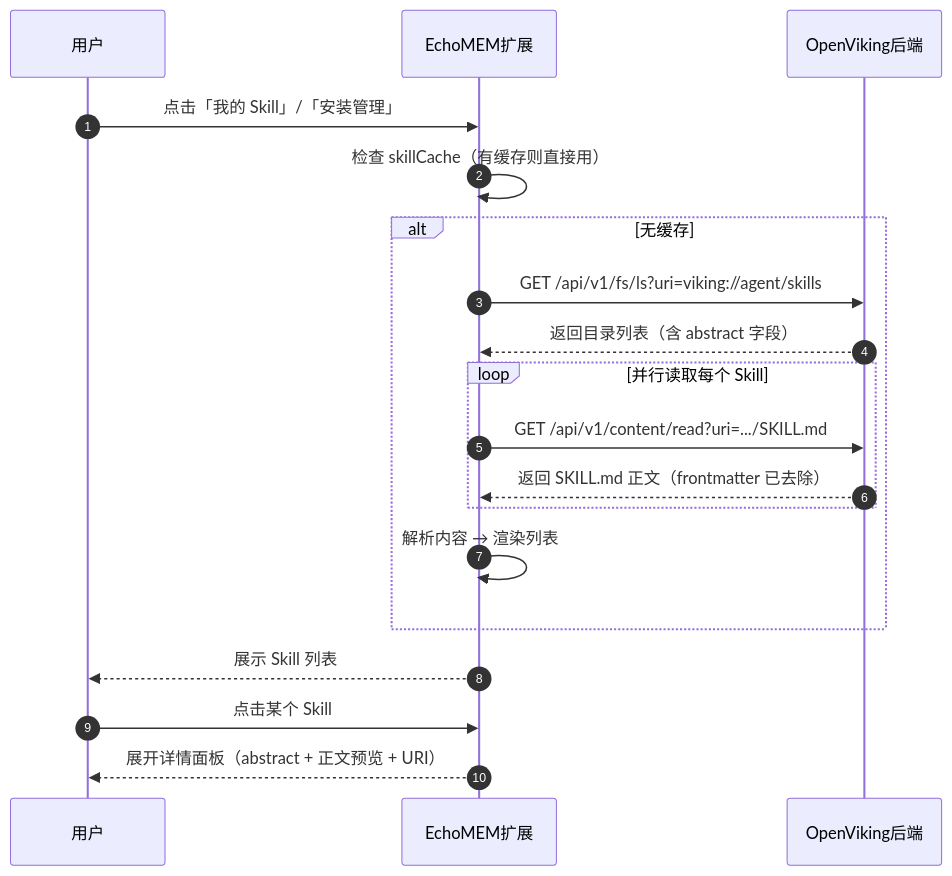
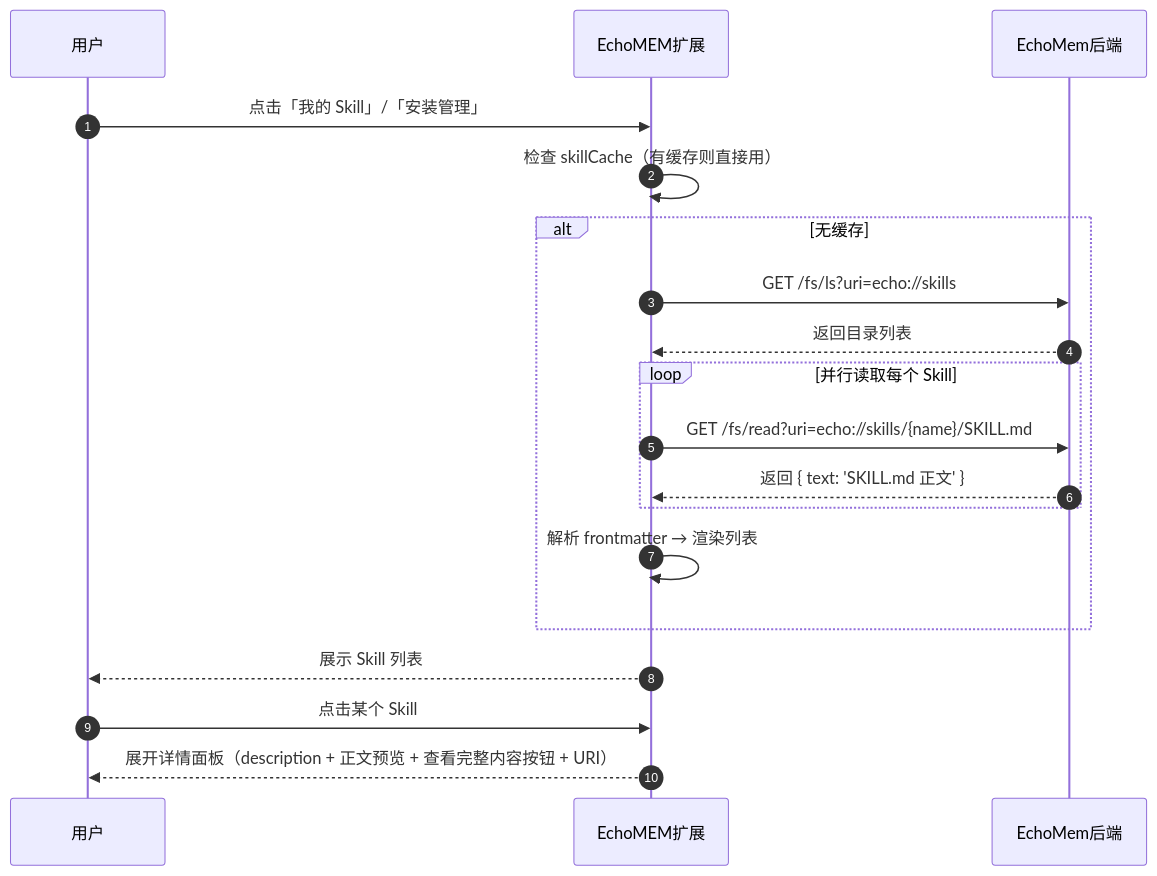
One commit to WawaGuess/EchoMEM-WEB-EXTENSION changed the diagram in docs/flows/skill-store/列表读取流程.md. Above: the diagram before and after it, drawn with Mermaid. The commit also changed other lines of this file and 19 other files, not shown here.

First line of the commit message:
feat: EchoMem 后端迁移二期完成（资源/Skill 管理）

````diff
--- a/docs/flows/skill-store/列表读取流程.md
+++ b/docs/flows/skill-store/列表读取流程.md
@@ -21,22 +21,22 @@
 ```mermaid
 sequenceDiagram
     autonumber
     participant U as 用户
     participant E as EchoMEM扩展
-    participant OV as OpenViking后端
+    participant EM as EchoMem后端
 
     U->>E: 点击「我的 Skill」/「安装管理」
     E->>E: 检查 skillCache（有缓存则直接用）
     alt 无缓存
-        E->>OV: GET /api/v1/fs/ls?uri=viking://agent/skills
-        OV-->>E: 返回目录列表（含 abstract 字段）
+        E->>EM: GET /fs/ls?uri=echo://skills
+        EM-->>E: 返回目录列表
         loop 并行读取每个 Skill
-            E->>OV: GET /api/v1/content/read?uri=.../SKILL.md
-            OV-->>E: 返回 SKILL.md 正文（frontmatter 已去除）
+            E->>EM: GET /fs/read?uri=echo://skills/{name}/SKILL.md
+            EM-->>E: 返回 { text: 'SKILL.md 正文' }
         end
-        E->>E: 解析内容 → 渲染列表
+        E->>E: 解析 frontmatter → 渲染列表
     end
     E-->>U: 展示 Skill 列表
     U->>E: 点击某个 Skill
-    E-->>U: 展开详情面板（abstract + 正文预览 + URI）
+    E-->>U: 展开详情面板（description + 正文预览 + 查看完整内容按钮 + URI）
 ```
````
